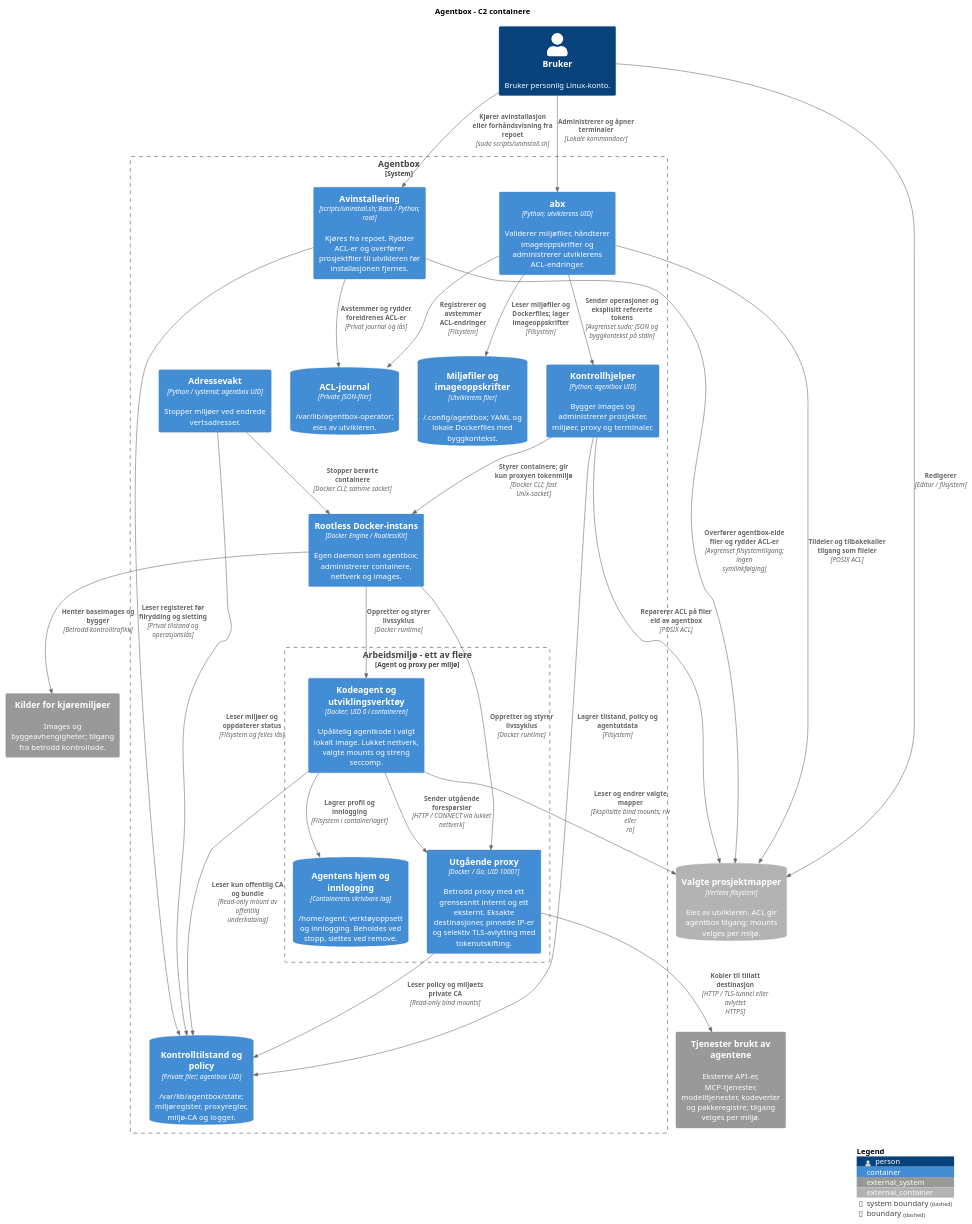
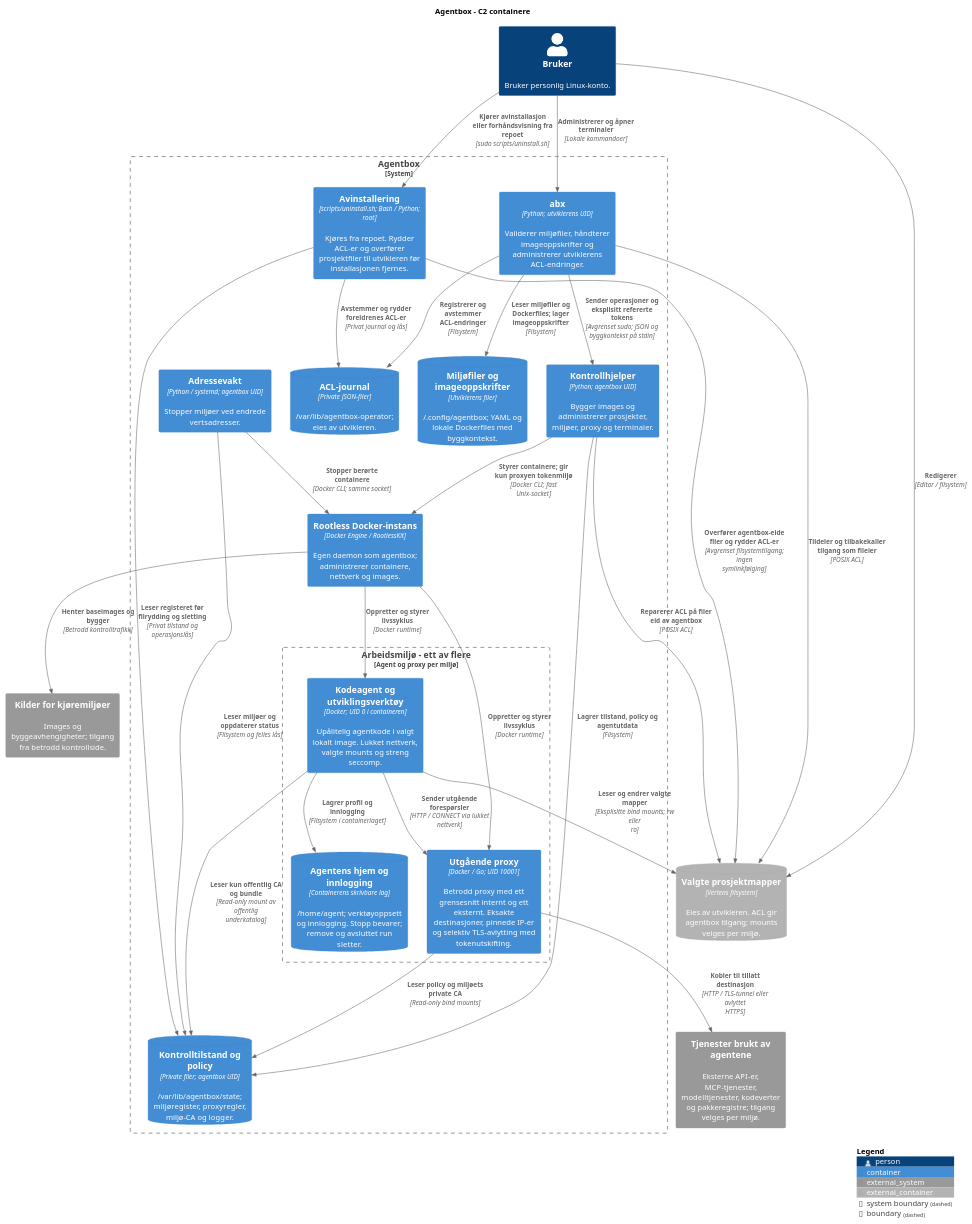
Before and after one commit to oisteink/agentbox: the second of 3 diagrams in docs/architecture-c4.md, drawn with PlantUML. The commit also changed other lines of this file and 26 other files, not shown here.

````diff
--- a/docs/architecture-c4.md
+++ b/docs/architecture-c4.md
@@ -59,55 +59,55 @@
 ```plantuml
 @startuml agentbox-containers
 !include <C4/C4_Container>
 LAYOUT_TOP_DOWN()
 title Agentbox - C2 containere
 
 Person(developer, "Bruker", "Bruker personlig Linux-konto.")
 ContainerDb_Ext(projects, "Valgte prosjektmapper", "Vertens filsystem", "Eies av utvikleren. ACL gir agentbox tilgang; mounts velges per miljø.")
 System_Ext(services, "Tjenester brukt av agentene", "Eksterne API-er, MCP-tjenester, modelltjenester, kodeverter og pakkeregistre; tilgang velges per miljø.")
 System_Ext(registry, "Kilder for kjøremiljøer", "Images og byggeavhengigheter; tilgang fra betrodd kontrollside.")
 
 System_Boundary(agentbox, "Agentbox") {
     Container(cli, "abx", "Python; utviklerens UID", "Validerer miljøfiler, håndterer imageoppskrifter og administrerer utviklerens ACL-endringer.")
     ContainerDb(recipes, "Miljøfiler og imageoppskrifter", "Utviklerens filer", "~/.config/agentbox; YAML og lokale Dockerfiles med byggkontekst.")
     ContainerDb(journal, "ACL-journal", "Private JSON-filer", "/var/lib/agentbox-operator; eies av utvikleren.")
     Container(control, "Kontrollhjelper", "Python; agentbox UID", "Bygger images og administrerer prosjekter, miljøer, proxy og terminaler.")
     Container(uninstall, "Avinstallering", "scripts/uninstall.sh; Bash / Python; root", "Kjøres fra repoet. Rydder ACL-er og overfører prosjektfiler til utvikleren før installasjonen fjernes. ")
     Container(watch, "Adressevakt", "Python / systemd; agentbox UID", "Stopper miljøer ved endrede vertsadresser.")
     ContainerDb(state, "Kontrolltilstand og policy", "Private filer; agentbox UID", "/var/lib/agentbox/state; miljøregister, proxyregler, miljø-CA og logger.")
     Container(docker, "Rootless Docker-instans", "Docker Engine / RootlessKit", "Egen daemon som agentbox; administrerer containere, nettverk og images.")
 
     Boundary(environment, "Arbeidsmiljø - ett av flere", "Agent og proxy per miljø") {
         Container(agent, "Kodeagent og utviklingsverktøy", "Docker; UID 0 i containeren", "Upålitelig agentkode i valgt lokalt image. Lukket nettverk, valgte mounts og streng seccomp.")
         Container(proxy, "Utgående proxy", "Docker / Go; UID 10001", "Betrodd proxy med ett grensesnitt internt og ett eksternt. Eksakte destinasjoner, pinnede IP-er og selektiv TLS-avlytting med tokenutskifting.")
-        ContainerDb(home, "Agentens hjem og innlogging", "Containerens skrivbare lag", "/home/agent; verktøyoppsett og innlogging. Beholdes ved stopp, slettes ved remove.")
+        ContainerDb(home, "Agentens hjem og innlogging", "Containerens skrivbare lag", "/home/agent; verktøyoppsett og innlogging. Stopp bevarer; remove og avsluttet run sletter.")
     }
 }
 
 Rel(developer, cli, "Administrerer og åpner terminaler", "Lokale kommandoer")
 Rel(developer, projects, "Redigerer", "Editor / filsystem")
 Rel(cli, recipes, "Leser miljøfiler og Dockerfiles; lager imageoppskrifter", "Filsystem")
 Rel(cli, journal, "Registrerer og avstemmer ACL-endringer", "Filsystem")
 Rel(cli, projects, "Tildeler og tilbakekaller tilgang som fileier", "POSIX ACL")
 Rel(cli, control, "Sender operasjoner og eksplisitt refererte tokens", "Avgrenset sudo; JSON og byggkontekst på stdin")
 Rel(developer, uninstall, "Kjører avinstallasjon eller forhåndsvisning fra repoet", "sudo scripts/uninstall.sh")
 Rel(uninstall, projects, "Overfører agentbox-eide filer og rydder ACL-er", "Avgrenset filsystemtilgang; ingen symlinkfølging")
 Rel(uninstall, state, "Leser registeret før filrydding og sletting", "Privat tilstand og operasjonslås")
 Rel(uninstall, journal, "Avstemmer og rydder foreldrenes ACL-er", "Privat journal og lås")
 Rel(control, projects, "Reparerer ACL på filer eid av agentbox", "POSIX ACL")
 Rel(control, state, "Lagrer tilstand, policy og agentutdata", "Filsystem")
 Rel(watch, state, "Leser miljøer og oppdaterer status", "Filsystem og felles lås")
 Rel(control, docker, "Styrer containere; gir kun proxyen tokenmiljø", "Docker CLI; fast Unix-socket")
 Rel(watch, docker, "Stopper berørte containere", "Docker CLI; samme socket")
 Rel(docker, agent, "Oppretter og styrer livssyklus", "Docker runtime")
 Rel(docker, proxy, "Oppretter og styrer livssyklus", "Docker runtime")
 Rel(docker, registry, "Henter baseimages og bygger", "Betrodd kontrolltrafikk")
 Rel(agent, projects, "Leser og endrer valgte mapper", "Eksplisitte bind mounts; rw eller ro")
 Rel(agent, home, "Lagrer profil og innlogging", "Filsystem i containerlaget")
 Rel(agent, proxy, "Sender utgående forespørsler", "HTTP / CONNECT via lukket nettverk")
 Rel(proxy, state, "Leser policy og miljøets private CA", "Read-only bind mounts")
 Rel(agent, state, "Leser kun offentlig CA og bundle", "Read-only mount av offentlig underkatalog")
 Rel(proxy, services, "Kobler til tillatt destinasjon", "HTTP / TLS-tunnel eller avlyttet HTTPS")
 SHOW_LEGEND()
 @enduml
 ```
````
